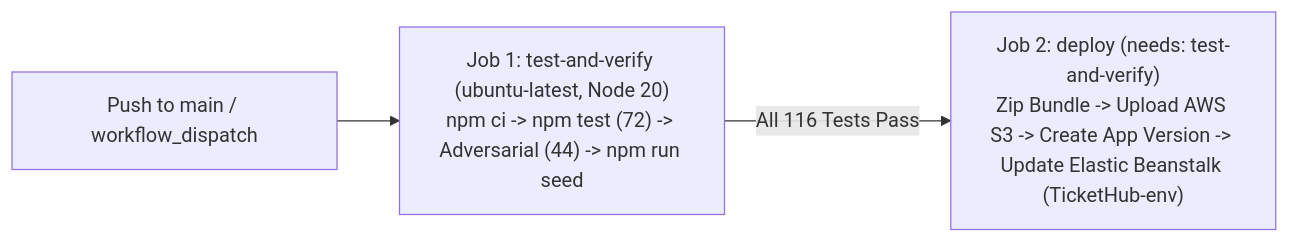
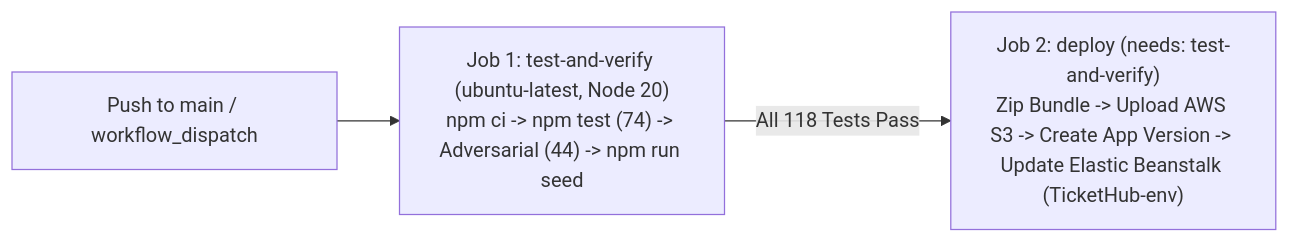
One commit to iamrealikea/placeholder changed the diagram in docs/phase-4-report.md. Above: the diagram before and after it, drawn with Mermaid. The commit also changed other lines of this file, not shown here.

Commit message:
DOCS: updating test plato

````diff
--- a/docs/phase-4-report.md
+++ b/docs/phase-4-report.md
@@ -142,5 +143,5 @@
 ```mermaid
 flowchart LR
-    PUSH_MAIN["Push to main / workflow_dispatch"] --> VERIFY["Job 1: test-and-verify (ubuntu-latest, Node 20)<br/>npm ci -> npm test (72) -> Adversarial (44) -> npm run seed"]
-    VERIFY -->|"All 116 Tests Pass"| DEPLOY["Job 2: deploy (needs: test-and-verify)<br/>Zip Bundle -> Upload AWS S3 -> Create App Version -> Update Elastic Beanstalk (TicketHub-env)"]
+    PUSH_MAIN["Push to main / workflow_dispatch"] --> VERIFY["Job 1: test-and-verify (ubuntu-latest, Node 20)<br/>npm ci -> npm test (74) -> Adversarial (44) -> npm run seed"]
+    VERIFY -->|"All 118 Tests Pass"| DEPLOY["Job 2: deploy (needs: test-and-verify)<br/>Zip Bundle -> Upload AWS S3 -> Create App Version -> Update Elastic Beanstalk (TicketHub-env)"]
 ```
````
